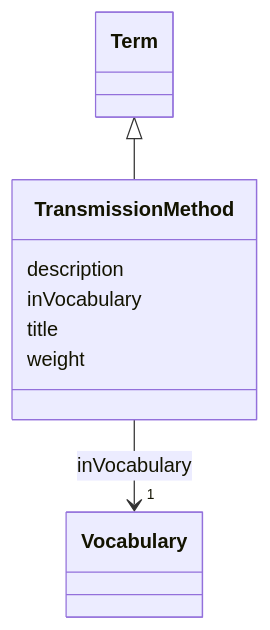
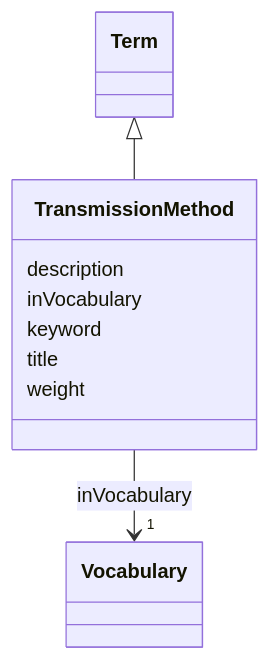
Before and after one commit to EVORA-project/evora-ontology: the diagram in models/docs/TransmissionMethod.md, drawn with Mermaid. The commit also changed other lines of this file and 402 other files, not shown here.

````diff
--- a/models/docs/TransmissionMethod.md
+++ b/models/docs/TransmissionMethod.md
@@ -19,24 +19,26 @@
 ```mermaid
  classDiagram
     class TransmissionMethod
     click TransmissionMethod href "../TransmissionMethod"
       Term <|-- TransmissionMethod
         click Term href "../Term"
       
       TransmissionMethod : description
         
       TransmissionMethod : inVocabulary
         
           
     
     
     TransmissionMethod --> "1" Vocabulary : inVocabulary
     click Vocabulary href "../Vocabulary"
 
         
+      TransmissionMethod : keyword
+        
       TransmissionMethod : title
         
       TransmissionMethod : weight
         
       
 ```
````
